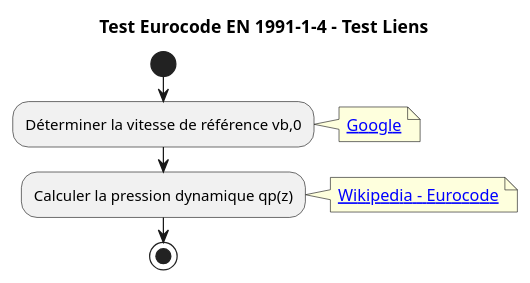
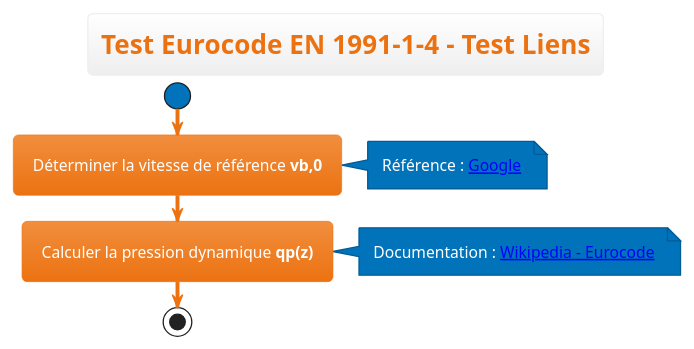
The diagram in diagrams/adour.puml (apesseu/serre-agricole-en13031), drawn with PlantUML before and after one commit.

Commit message:
Test PlantUML : ajout du diagramme adour.puml avec liens

```diff
--- a/diagrams/adour.puml
+++ b/diagrams/adour.puml
@@ -1,16 +1,13 @@
 @startuml
+!theme aws-orange
 title Test Eurocode EN 1991-1-4 - Test Liens
 
 start
-:Déterminer la vitesse de référence vb,0;
-note right
-[[https://www.google.com Google]]
-end note
+:Déterminer la vitesse de référence **vb,0**;
+note right: Référence : [[https://www.google.com Google]]
 
-:Calculer la pression dynamique qp(z);
-note right
-[[https://fr.wikipedia.org/wiki/Eurocode Wikipedia - Eurocode]]
-end note
+:Calculer la pression dynamique **qp(z)**;
+note right: Documentation : [[https://fr.wikipedia.org/wiki/Eurocode Wikipedia - Eurocode]]
 
 stop
 @enduml
```
